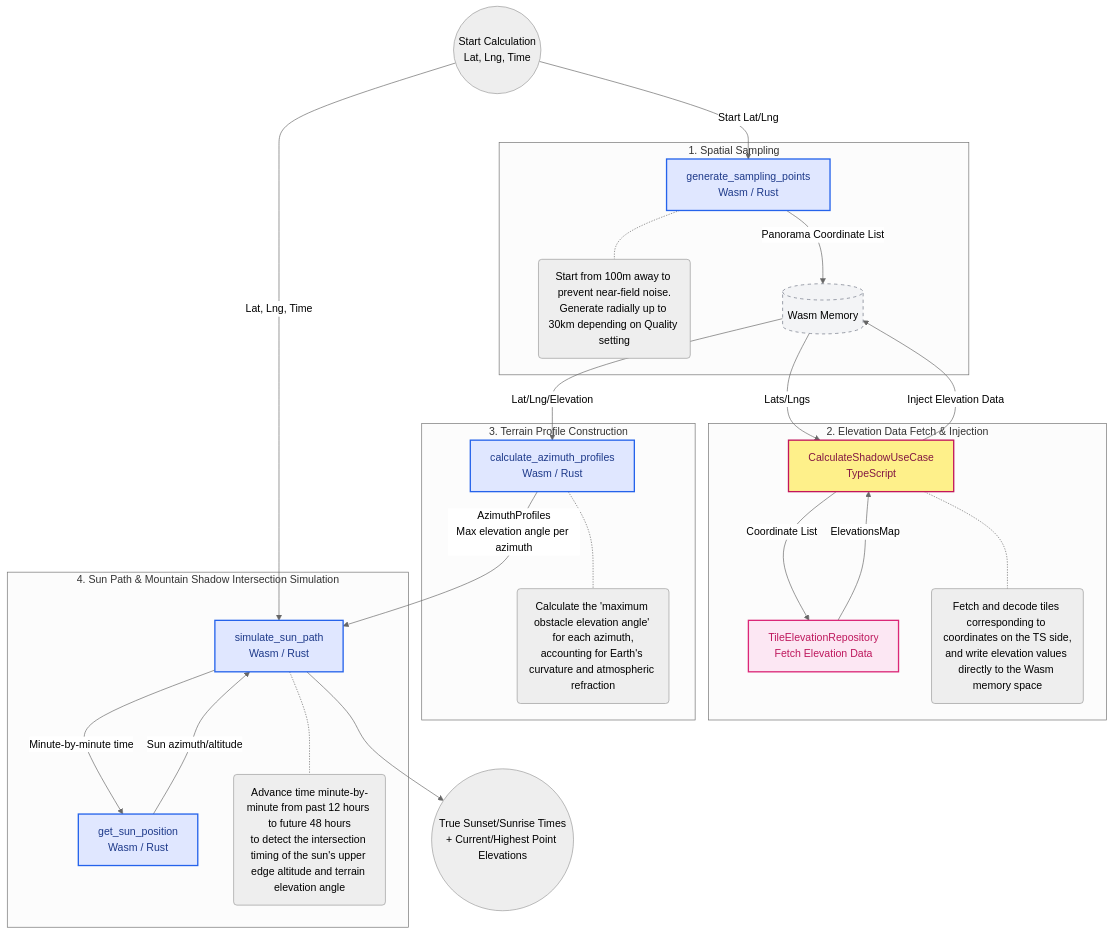
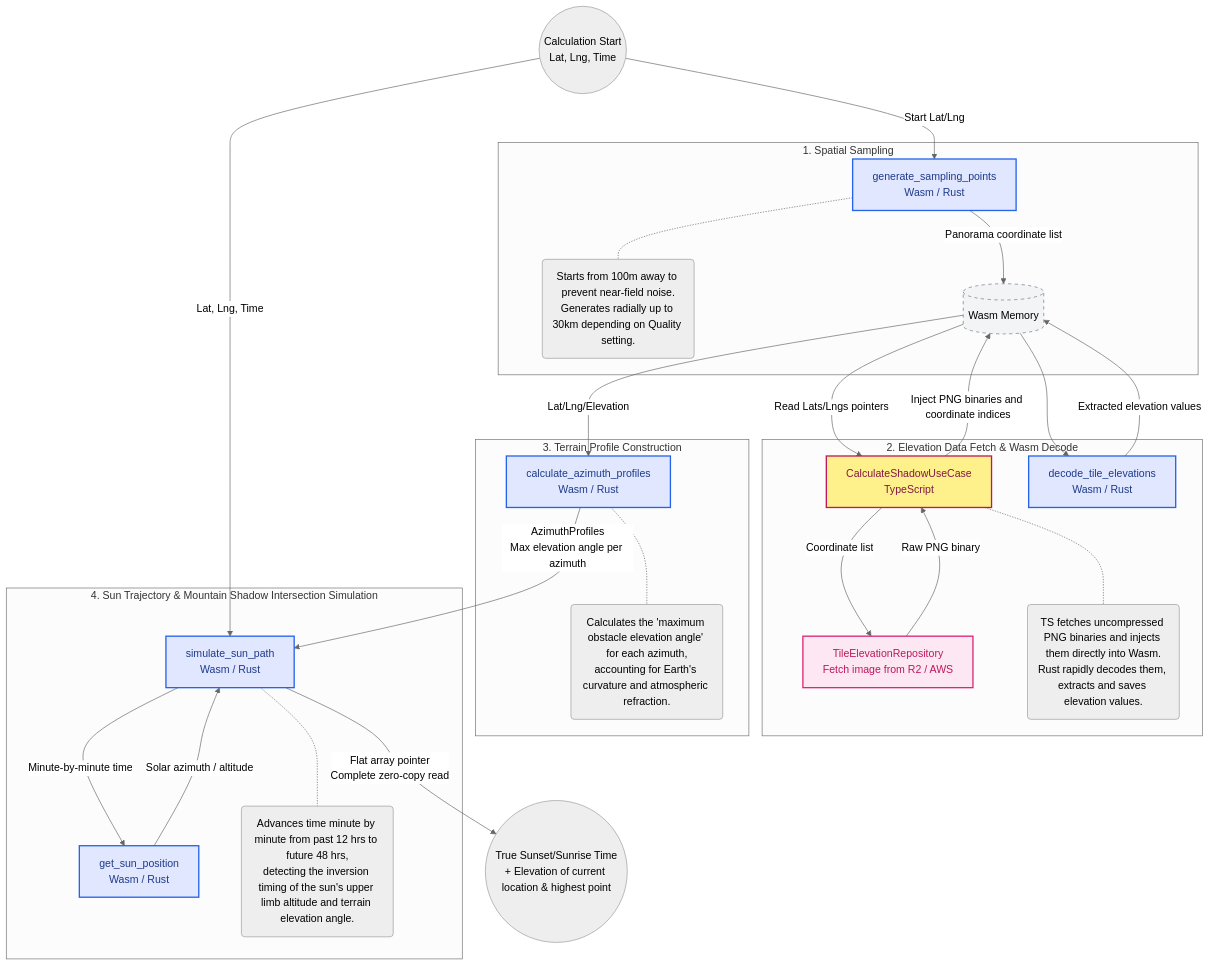
One commit to tomopumipumi/yamakage changed the diagram in docs/architecture/domain-algorithm.md. Above: the diagram before and after it, drawn with Mermaid (neutral theme). The commit also changed other lines of this file and 7 other files, not shown here.

````diff
--- a/docs/architecture/domain-algorithm.md
+++ b/docs/architecture/domain-algorithm.md
@@ -5,56 +5,59 @@
 ```mermaid
 flowchart TD
     classDef wasm fill:#e0e7ff,stroke:#2563eb,stroke-width:2px,color:#1e3a8a
     classDef ts fill:#fef08a,stroke:#c2165b,stroke-width:2px,color:#831843
     classDef data fill:#f3f4f6,color:#000,stroke:#6b7280,stroke-width:1px,stroke-dasharray: 5 5
     classDef external fill:#fce7f3,stroke:#db2777,stroke-width:2px,color:#be185d
 
-    Start((Start Calculation<br/>Lat, Lng, Time))
+    Start((Calculation Start<br/>Lat, Lng, Time))
 
     subgraph Phase1 [1. Spatial Sampling]
         TSE[generate_sampling_points<br/>Wasm / Rust]:::wasm
-        Note1(Start from 100m away to prevent near-field noise.<br/>Generate radially up to 30km depending on Quality setting)
+        Note1(Starts from 100m away to prevent near-field noise.<br/>Generates radially up to 30km depending on Quality setting.)
         TPE_MEM[(Wasm Memory)]:::data
         TSE -.- Note1
     end
 
-    subgraph Phase2 [2. Elevation Data Fetch & Injection]
+    subgraph Phase2 [2. Elevation Data Fetch & Wasm Decode]
         UseCase[CalculateShadowUseCase<br/>TypeScript]:::ts
-        Repo[TileElevationRepository<br/>Fetch Elevation Data]:::external
-        Note2(Fetch and decode tiles corresponding to coordinates on the TS side,<br/>and write elevation values directly to the Wasm memory space)
+        Repo[TileElevationRepository<br/>Fetch image from R2 / AWS]:::external
+        DECODE[decode_tile_elevations<br/>Wasm / Rust]:::wasm
+        Note2(TS fetches uncompressed PNG binaries and injects them directly into Wasm.<br/>Rust rapidly decodes them, extracts and saves elevation values.)
         UseCase -.- Note2
     end
 
     subgraph Phase3 [3. Terrain Profile Construction]
         TPE[calculate_azimuth_profiles<br/>Wasm / Rust]:::wasm
-        Note3(Calculate the 'maximum obstacle elevation angle' for each azimuth,<br/>accounting for Earth's curvature and atmospheric refraction)
+        Note3(Calculates the 'maximum obstacle elevation angle' for each azimuth,<br/>accounting for Earth's curvature and atmospheric refraction.)
         TPE -.- Note3
     end
 
-    subgraph Phase4 [4. Sun Path & Mountain Shadow Intersection Simulation]
+    subgraph Phase4 [4. Sun Trajectory & Mountain Shadow Intersection Simulation]
         SCE[simulate_sun_path<br/>Wasm / Rust]:::wasm
         SPE[get_sun_position<br/>Wasm / Rust]:::wasm
-        Note4(Advance time minute-by-minute from past 12 hours to future 48 hours<br/>to detect the intersection timing of the sun's upper edge altitude and terrain elevation angle)
+        Note4(Advances time minute by minute from past 12 hrs to future 48 hrs,<br/>detecting the inversion timing of the sun's upper limb altitude and terrain elevation angle.)
         
         SCE --> |Minute-by-minute time| SPE
-        SPE --> |Sun azimuth/altitude| SCE
+        SPE --> |Solar azimuth / altitude| SCE
         SCE -.- Note4
     end
 
-    End((True Sunset/Sunrise Times<br/>+ Current/Highest Point Elevations))
+    End((True Sunset/Sunrise Time<br/>+ Elevation of current location & highest point))
 
     Start --> |Start Lat/Lng| TSE
-    TSE --> |Panorama Coordinate List| TPE_MEM
-    TPE_MEM --> |Lats/Lngs| UseCase
-    UseCase --> |Coordinate List| Repo
-    Repo --> |ElevationsMap| UseCase
-    UseCase --> |Inject Elevation Data| TPE_MEM
+    TSE --> |Panorama coordinate list| TPE_MEM
+    TPE_MEM --> |Read Lats/Lngs pointers| UseCase
+    UseCase --> |Coordinate list| Repo
+    Repo --> |Raw PNG binary| UseCase
+    UseCase --> |Inject PNG binaries and coordinate indices| TPE_MEM
+    
+    TPE_MEM --> DECODE
+    DECODE --> |Extracted elevation values| TPE_MEM
     
     TPE_MEM --> |Lat/Lng/Elevation| TPE
     TPE --> |AzimuthProfiles<br/>Max elevation angle per azimuth| SCE
     Start --> |Lat, Lng, Time| SCE
     
-    SCE --> End
-
+    SCE --> |Flat array pointer<br/>Complete zero-copy read| End
 
 ```
````
